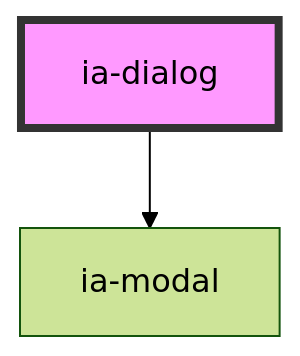
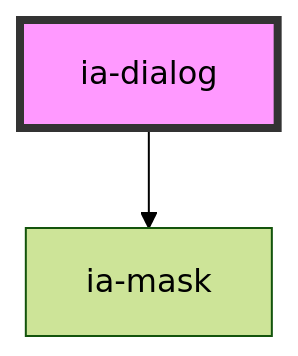
One commit to aqeja/lila-ui changed the diagram in src/components/dialog/readme.md. Above: the diagram before and after it, drawn with Mermaid (forest theme). The commit also changed other lines of this file and 16 other files, not shown here.

````diff
--- a/src/components/dialog/readme.md
+++ b/src/components/dialog/readme.md
@@ -23,5 +31,5 @@
 ```mermaid
 graph TD;
-  ia-dialog --> ia-modal
+  ia-dialog --> ia-mask
   style ia-dialog fill:#f9f,stroke:#333,stroke-width:4px
 ```
````
